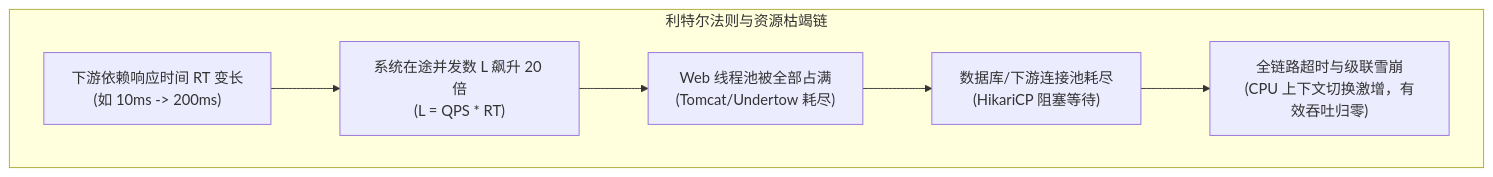
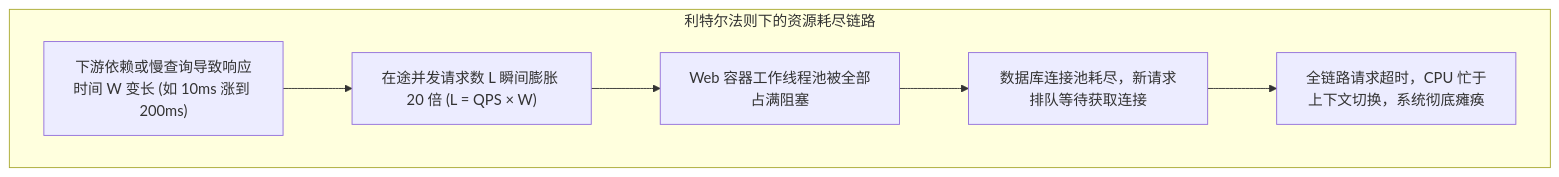
Before and after one commit to GuoWWWX/knowledge-base: the first of 4 diagrams in 20-Java后端/08-系统设计/01-高并发架构设计.md, drawn with Mermaid. The commit also changed other lines of this file and 251 other files, not shown here.

````diff
--- a/20-Java后端/08-系统设计/01-高并发架构设计.md
+++ b/20-Java后端/08-系统设计/01-高并发架构设计.md
@@ -44,9 +46,12 @@
 ```mermaid
-graph TD
-    subgraph "利特尔法则与资源枯竭链"
-        RT["下游依赖响应时间 RT 变长<br/>(如 10ms -> 200ms)"] --> Concurrency["系统在途并发数 L 飙升 20 倍<br/>(L = QPS * RT)"]
-        Concurrency --> ThreadPool["Web 线程池被全部占满<br/>(Tomcat/Undertow 耗尽)"]
-        ThreadPool --> ConnPool["数据库/下游连接池耗尽<br/>(HikariCP 阻塞等待)"]
-        ConnPool --> Cascade["全链路超时与级联雪崩<br/>(CPU 上下文切换激增，有效吞吐归零)"]
+flowchart TD
+    subgraph LawChain["利特尔法则下的资源耗尽链路"]
+        RT["下游依赖或慢查询导致响应时间 W 变长 (如 10ms 涨到 200ms)"]
+        Concurrency["在途并发请求数 L 瞬间膨胀 20 倍 (L = QPS × W)"]
+        ThreadPool["Web 容器工作线程池被全部占满阻塞"]
+        ConnPool["数据库连接池耗尽，新请求排队等待获取连接"]
+        Cascade["全链路请求超时，CPU 忙于上下文切换，系统彻底瘫痪"]
+
+        RT --> Concurrency --> ThreadPool --> ConnPool --> Cascade
     end
 ```
````
